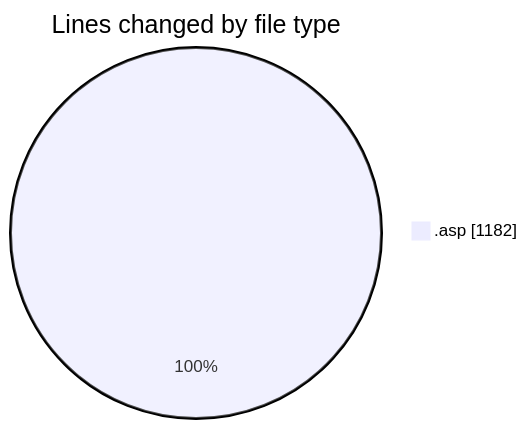
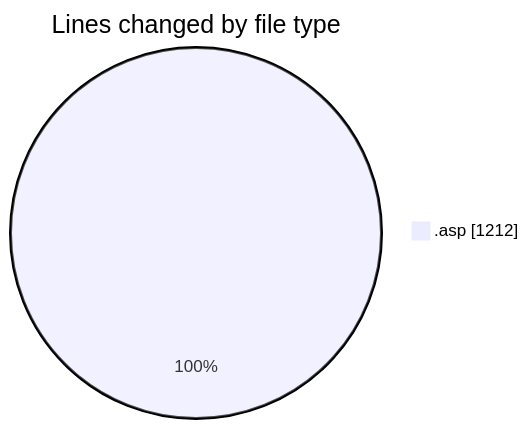
Before and after one commit to julien-gomy/code-tracking: the first of 2 diagrams in 2025-10-28/usr_aleoudev_fr__workspace_/README.md, drawn with Mermaid. The commit also changed other lines of this file and 1 other file, not shown here.

````diff
--- a/2025-10-28/usr_aleoudev_fr__workspace_/README.md
+++ b/2025-10-28/usr_aleoudev_fr__workspace_/README.md
@@ -25,5 +25,5 @@
 ```mermaid
 pie showData
 title Lines changed by file type
-".asp" : 1182
+".asp" : 1212
 ```
````
